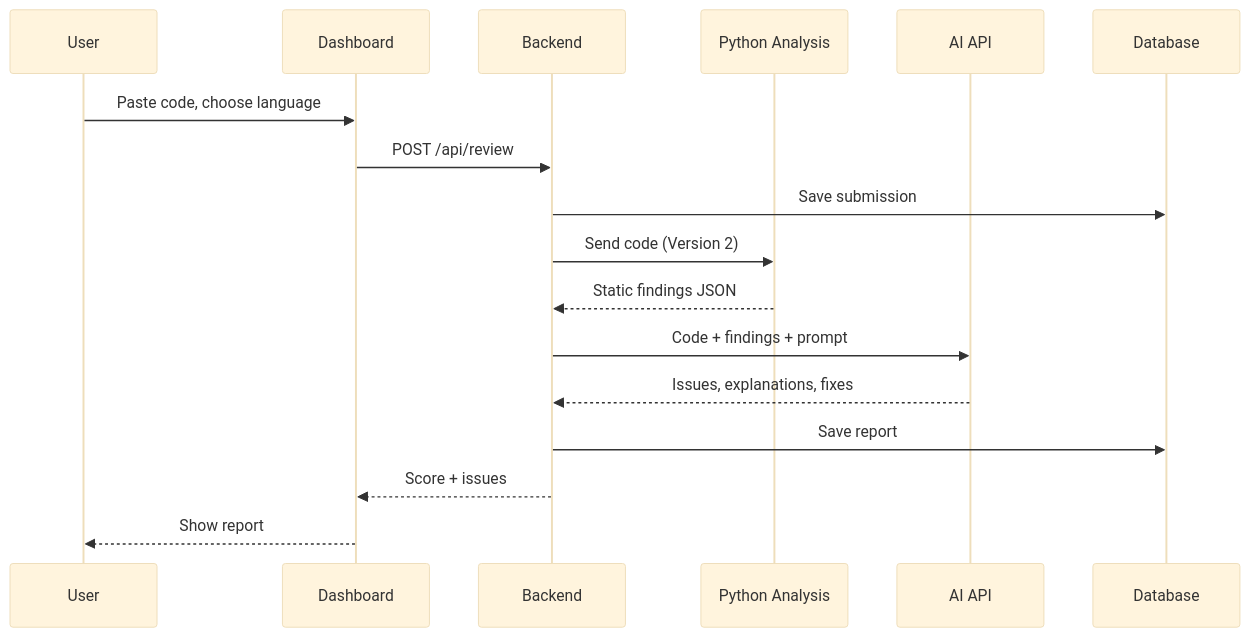
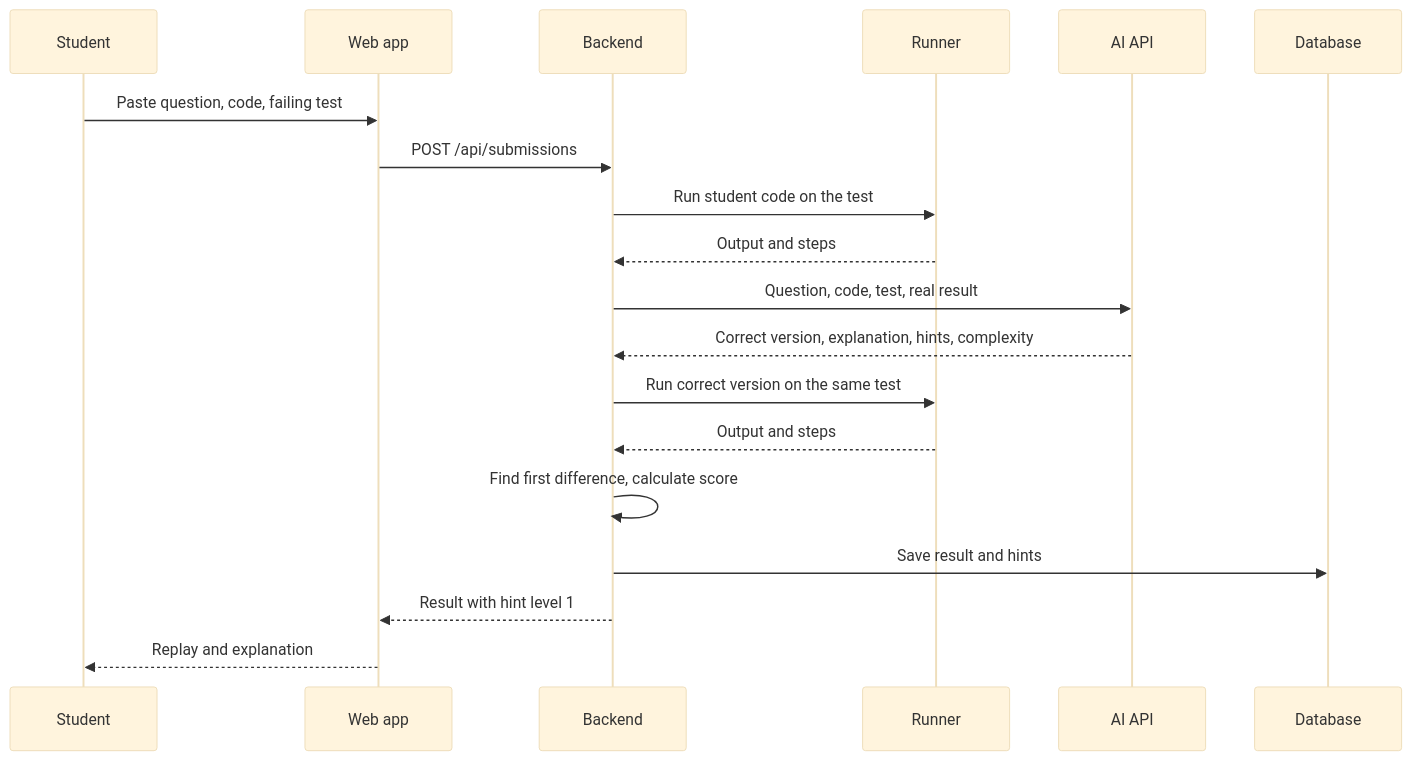
One commit to Anujpal-15th/ai-code-review-platform changed the second of 3 diagrams in docs/architecture.md. Above: the diagram before and after it, drawn with Mermaid (base theme). The commit also changed other lines of this file and 11 other files, not shown here.

````diff
--- a/docs/architecture.md
+++ b/docs/architecture.md
@@ -25,19 +37,21 @@
 ```mermaid
 sequenceDiagram
-    participant U as User
-    participant D as Dashboard
+    participant S as Student
+    participant F as Web app
     participant B as Backend
-    participant A as Python Analysis
+    participant R as Runner
     participant AI as AI API
     participant DB as Database
-    U->>D: Paste code, choose language
-    D->>B: POST /api/review
-    B->>DB: Save submission
-    B->>A: Send code (Version 2)
-    A-->>B: Static findings JSON
-    B->>AI: Code + findings + prompt
-    AI-->>B: Issues, explanations, fixes
-    B->>DB: Save report
-    B-->>D: Score + issues
-    D-->>U: Show report
+    S->>F: Paste question, code, failing test
+    F->>B: POST /api/submissions
+    B->>R: Run student code on the test
+    R-->>B: Output and steps
+    B->>AI: Question, code, test, real result
+    AI-->>B: Correct version, explanation, hints, complexity
+    B->>R: Run correct version on the same test
+    R-->>B: Output and steps
+    B->>B: Find first difference, calculate score
+    B->>DB: Save result and hints
+    B-->>F: Result with hint level 1
+    F-->>S: Replay and explanation
 ```
````
